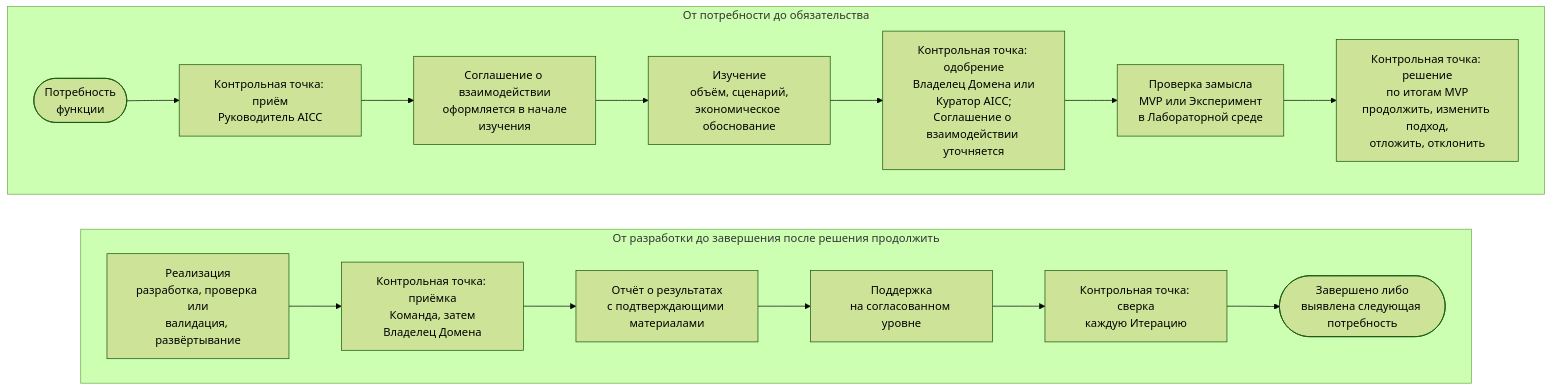
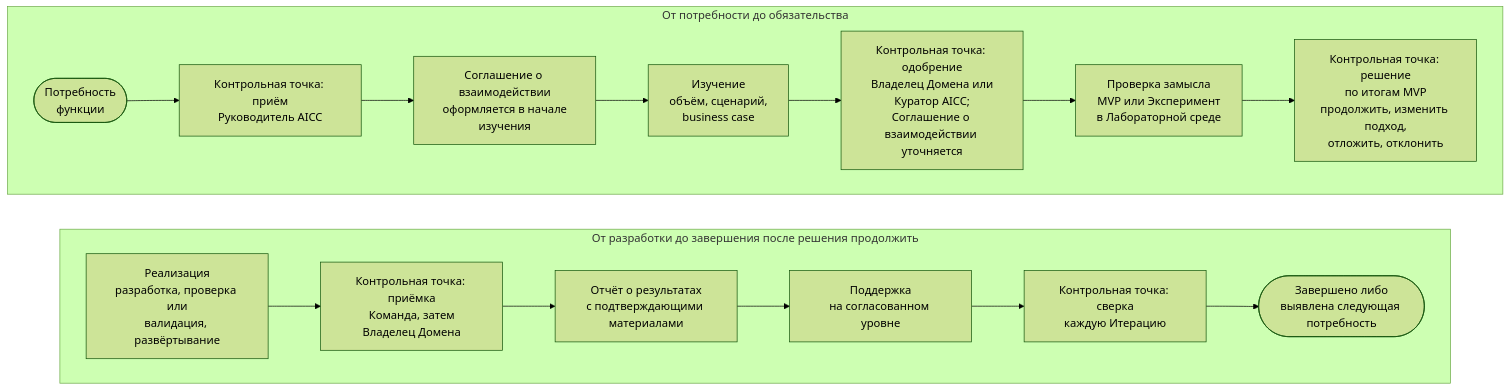
One commit to devhogu/ob-aicc changed the diagram in portal/content/ru/about/how-we-work.md. Above: the diagram before and after it, drawn with Mermaid (forest theme). The commit also changed other lines of this file and 768 other files, not shown here.

````diff
--- a/portal/content/ru/about/how-we-work.md
+++ b/portal/content/ru/about/how-we-work.md
@@ -15,21 +15,21 @@
 ```mermaid
 flowchart TB
   subgraph ROW1["От потребности до обязательства"]
     direction LR
     C(["Потребность<br/>функции"]) --> G1["Контрольная точка: приём<br/>Руководитель AICC"]
     G1 --> SA["Соглашение о взаимодействии<br/>оформляется в начале<br/>изучения"]
-    SA --> ST["Изучение<br/>объём, сценарий,<br/>экономическое обоснование"]
+    SA --> ST["Изучение<br/>объём, сценарий,<br/>business case"]
     ST --> G2["Контрольная точка: одобрение<br/>Владелец Домена или<br/>Куратор AICC;<br/>Соглашение о взаимодействии уточняется"]
     G2 --> MV["Проверка замысла<br/>MVP или Эксперимент<br/>в Лабораторной среде"]
     MV --> G3["Контрольная точка: решение<br/>по итогам MVP<br/>продолжить, изменить подход,<br/>отложить, отклонить"]
   end
   subgraph ROW2["От разработки до завершения после решения продолжить"]
     direction LR
     DL["Реализация<br/>разработка, проверка или<br/>валидация, развёртывание"] --> G4["Контрольная точка: приёмка<br/>Команда, затем<br/>Владелец Домена"]
     G4 --> OR["Отчёт о результатах<br/>с подтверждающими материалами"]
     OR --> SP["Поддержка<br/>на согласованном уровне"]
     SP --> G5["Контрольная точка: сверка<br/>каждую Итерацию"]
     G5 --> E(["Завершено либо<br/>выявлена следующая потребность"])
   end
   ROW1 ~~~ ROW2
 ```
````
